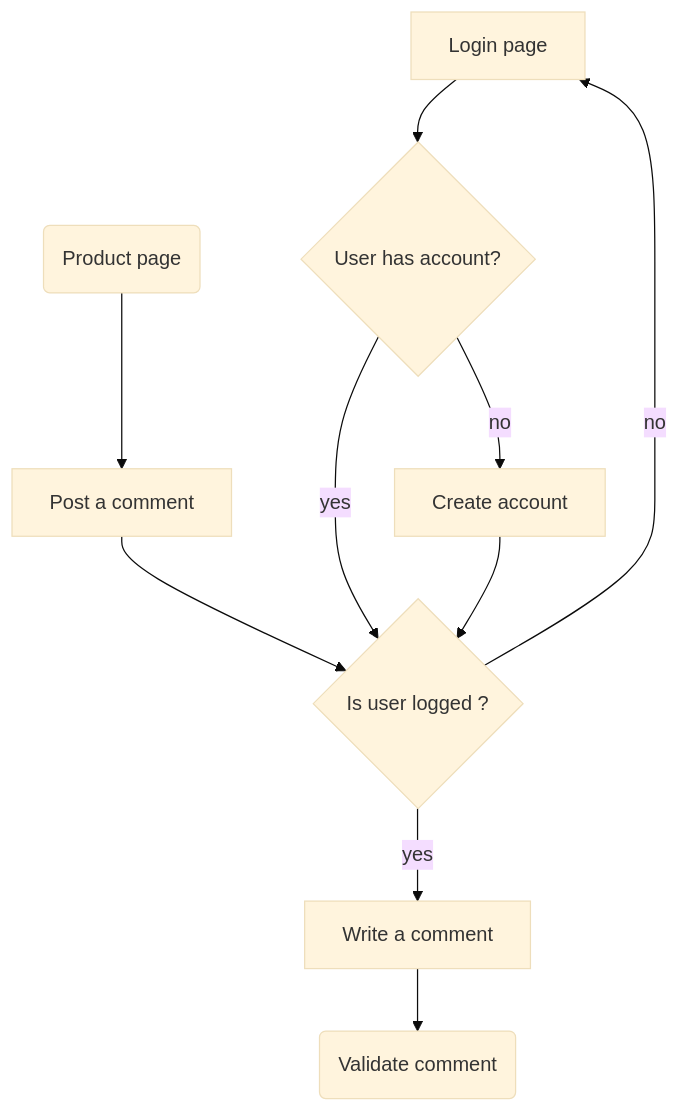
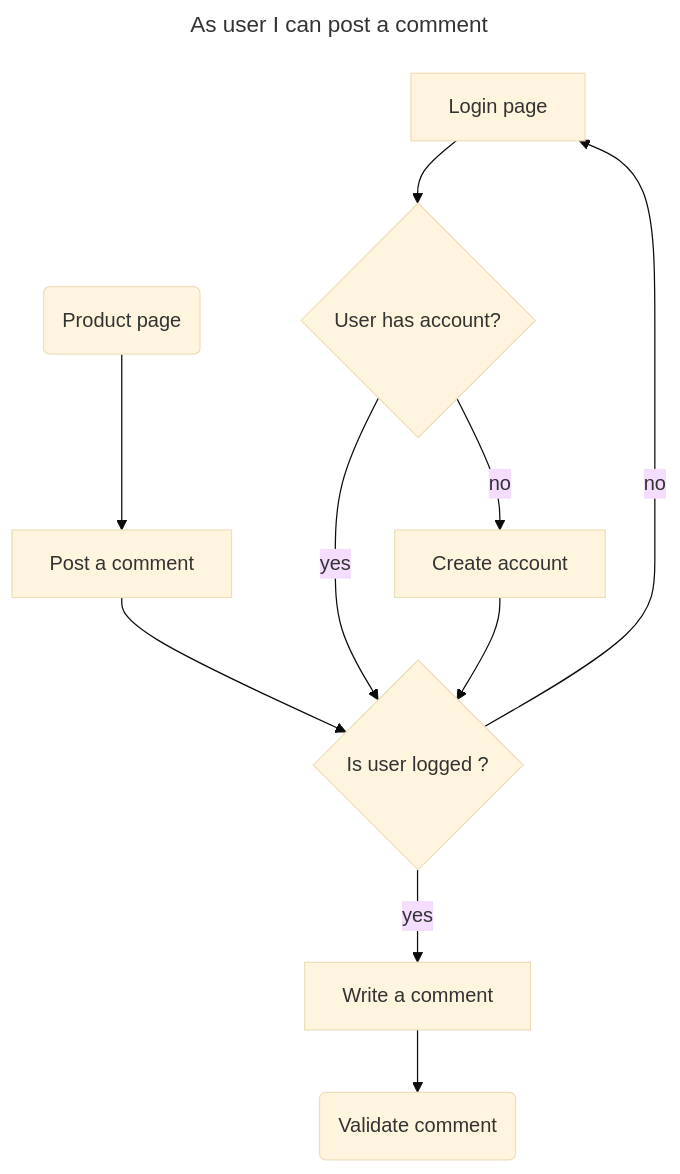
The first of 8 diagrams in doc/featuresDiagrams.md (charlyol/ECommerce-SCHA), drawn with Mermaid (base theme) before and after one commit. The commit also changed other lines of this file, not shown here.

Commit message:
features Diagrams fixed

````diff
--- a/doc/featuresDiagrams.md
+++ b/doc/featuresDiagrams.md
@@ -1,21 +1,24 @@
 ```mermaid
+---
+title: As user I can post a comment
+---
 flowchart TB
 
 LOG[Login page]
 PRO(Product page)
 TESTLOG{Is user logged ?}
 TESTACCOUNT{User has account?}
 SIGNIN[Create account]
 POS[Post a comment]
 WAC[Write a comment]
 VPS(Validate comment)
 	PRO-->POS
 	POS-->TESTLOG
 	TESTLOG -- no --> LOG
 	LOG --> TESTACCOUNT
 	TESTACCOUNT -- yes --> TESTLOG
 	TESTACCOUNT -- no --> SIGNIN
 	SIGNIN --> TESTLOG
 	TESTLOG -- yes --> WAC
 	WAC --> VPS
 ```
````
